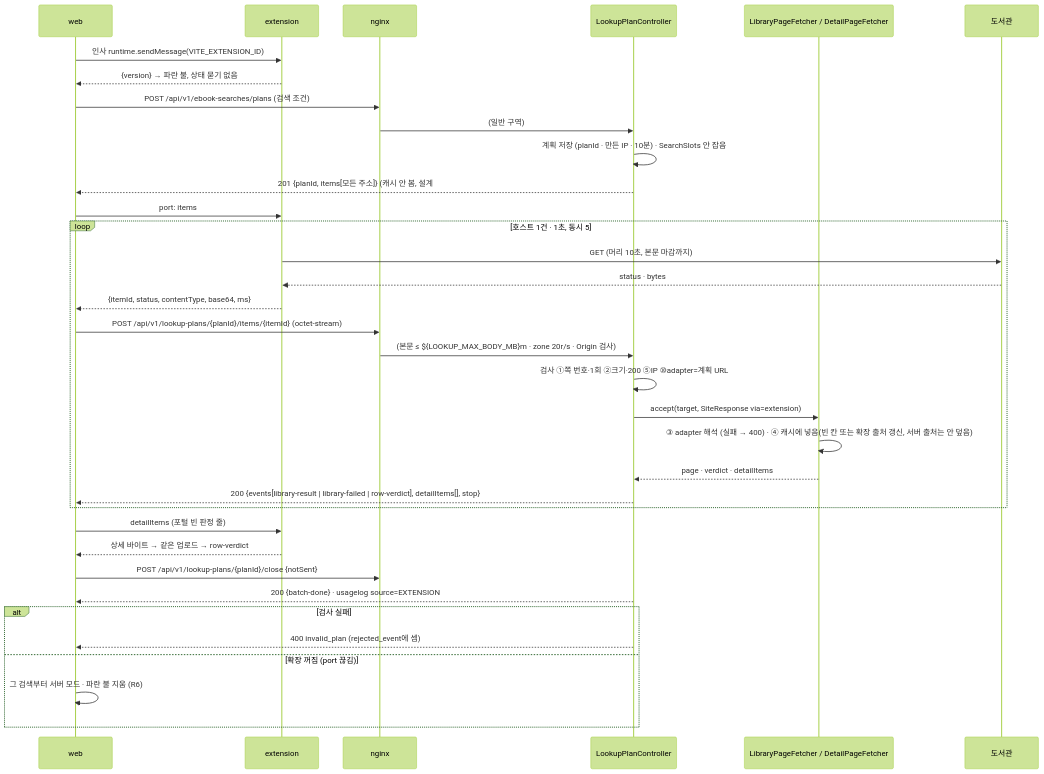
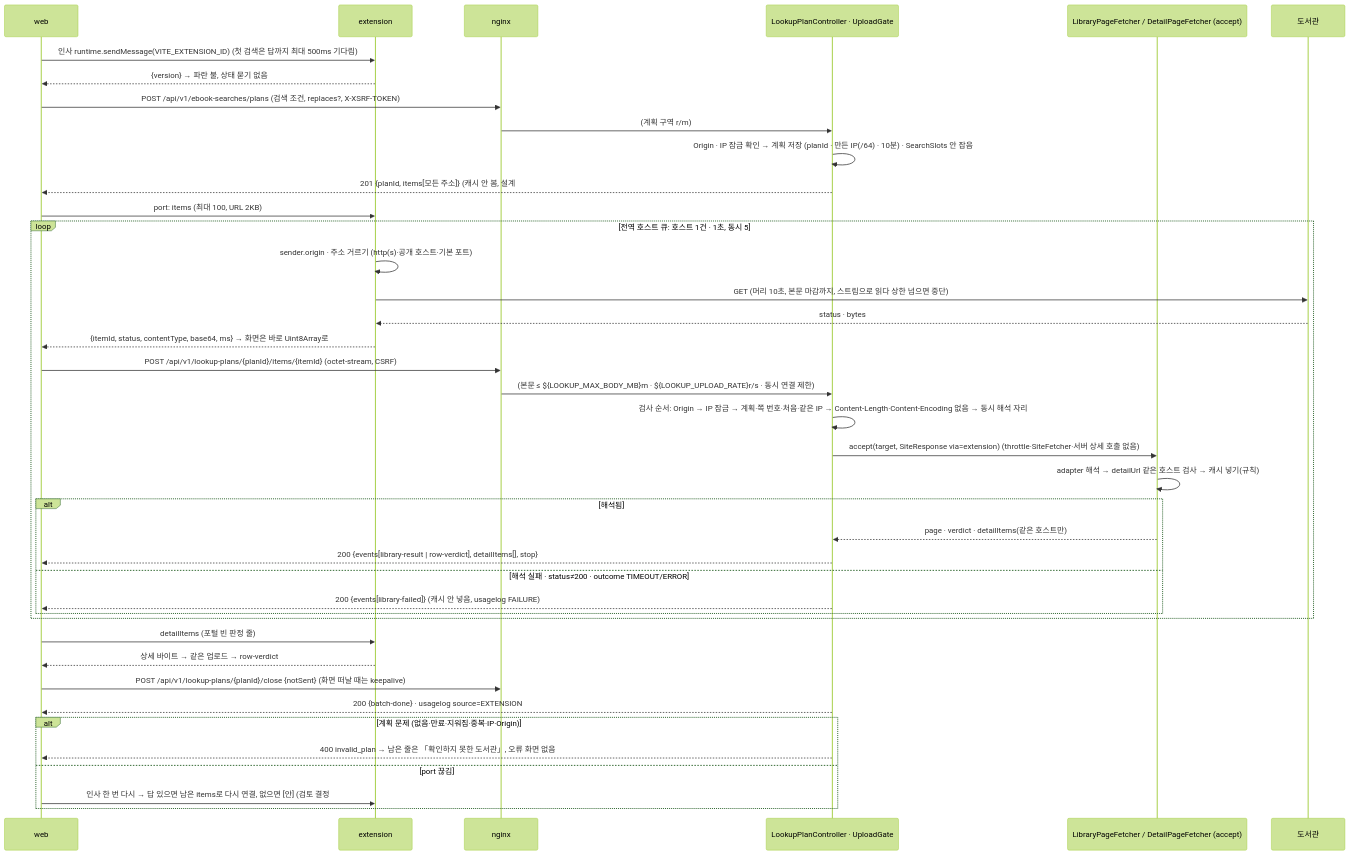
Before and after one commit to hodu-sketch/chaekcheck-plan: the third of 6 diagrams in docs/cycles/20-lookup-status-and-extension/design-delta.md, drawn with Mermaid (forest theme). The commit also changed other lines of this file and 8 other files, not shown here.

Commit message:
cycle 20: three-angle review (user, server resources, security/stability) - fixes applied to design-delta/spec/flow/scope/ADR-0119, 19 decisions on review page; old design-delta page closed

````diff
--- a/docs/cycles/20-lookup-status-and-extension/design-delta.md
+++ b/docs/cycles/20-lookup-status-and-extension/design-delta.md
@@ -63,37 +64,42 @@
 ```mermaid
 sequenceDiagram
   participant W as web
   participant X as extension
   participant N as nginx
-  participant P as LookupPlanController
-  participant F as LibraryPageFetcher / DetailPageFetcher
+  participant P as LookupPlanController · UploadGate
+  participant F as LibraryPageFetcher / DetailPageFetcher (accept)
   participant L as 도서관
-  W->>X: 인사 runtime.sendMessage(VITE_EXTENSION_ID)
+  W->>X: 인사 runtime.sendMessage(VITE_EXTENSION_ID) (첫 검색은 답까지 최대 500ms 기다림)
   X-->>W: {version} → 파란 불, 상태 묻기 없음
-  W->>N: POST /api/v1/ebook-searches/plans (검색 조건)
-  N->>P: (일반 구역)
-  P->>P: 계획 저장 (planId · 만든 IP · 10분) · SearchSlots 안 잡음
+  W->>N: POST /api/v1/ebook-searches/plans (검색 조건, replaces?, X-XSRF-TOKEN)
+  N->>P: (계획 구역 r/m)
+  P->>P: Origin · IP 잠금 확인 → 계획 저장 (planId · 만든 IP(/64) · 10분) · SearchSlots 안 잡음
   P-->>W: 201 {planId, items[모든 주소]} (캐시 안 봄, 설계 #9)
-  W->>X: port: items
-  loop 호스트 1건 · 1초, 동시 5
-    X->>L: GET (머리 10초, 본문 마감까지)
+  W->>X: port: items (최대 100, URL 2KB)
+  loop 전역 호스트 큐: 호스트 1건 · 1초, 동시 5
+    X->>X: sender.origin · 주소 거르기 (http(s)·공개 호스트·기본 포트)
+    X->>L: GET (머리 10초, 본문 마감까지, 스트림으로 읽다 상한 넘으면 중단)
     L-->>X: status · bytes
-    X-->>W: {itemId, status, contentType, base64, ms}
-    W->>N: POST /api/v1/lookup-plans/{planId}/items/{itemId} (octet-stream)
-    N->>P: (본문 ≤ ${LOOKUP_MAX_BODY_MB}m · zone 20r/s · Origin 검사)
-    P->>P: 검사 ①쪽 번호·1회 ②크기·200 ⑤IP ⑩adapter=계획 URL
-    P->>F: accept(target, SiteResponse via=extension)
-    F->>F: ③ adapter 해석 (실패 → 400) · ④ 캐시에 넣음(빈 칸 또는 확장 출처 갱신, 서버 출처는 안 덮음)
-    F-->>P: page · verdict · detailItems
-    P-->>W: 200 {events[library-result | library-failed | row-verdict], detailItems[], stop}
+    X-->>W: {itemId, status, contentType, base64, ms} → 화면은 바로 Uint8Array로
+    W->>N: POST /api/v1/lookup-plans/{planId}/items/{itemId} (octet-stream, CSRF)
+    N->>P: (본문 ≤ ${LOOKUP_MAX_BODY_MB}m · ${LOOKUP_UPLOAD_RATE}r/s · 동시 연결 제한)
+    P->>P: 검사 순서: Origin → IP 잠금 → 계획·쪽 번호·처음·같은 IP → Content-Length·Content-Encoding 없음 → 동시 해석 자리
+    P->>F: accept(target, SiteResponse via=extension) (throttle·SiteFetcher·서버 상세 호출 없음)
+    F->>F: adapter 해석 → detailUrl 같은 호스트 검사 → 캐시 넣기(규칙)
+    alt 해석됨
+      F-->>P: page · verdict · detailItems(같은 호스트만)
+      P-->>W: 200 {events[library-result | row-verdict], detailItems[], stop}
+    else 해석 실패 · status≠200 · outcome TIMEOUT/ERROR
+      P-->>W: 200 {events[library-failed]} (캐시 안 넣음, usagelog FAILURE)
+    end
   end
   W->>X: detailItems (포털 빈 판정 줄)
   X-->>W: 상세 바이트 → 같은 업로드 → row-verdict
-  W->>N: POST /api/v1/lookup-plans/{planId}/close {notSent}
+  W->>N: POST /api/v1/lookup-plans/{planId}/close {notSent} (화면 떠날 때는 keepalive)
   P-->>W: 200 {batch-done} · usagelog source=EXTENSION
-  alt 검사 실패
-    P-->>W: 400 invalid_plan (rejected_event에 셈)
-  else 확장 꺼짐 (port 끊김)
-    W->>W: 그 검색부터 서버 모드 · 파란 불 지움 (R6)
+  alt 계획 문제 (없음·만료·지워짐·중복·IP·Origin)
+    P-->>W: 400 invalid_plan → 남은 줄은 「확인하지 못한 도서관」, 오류 화면 없음
+  else port 끊김
+    W->>X: 인사 한 번 다시 → 답 있으면 남은 items로 다시 연결, 없으면 [안] (검토 결정 #4)
   end
 ```
````
